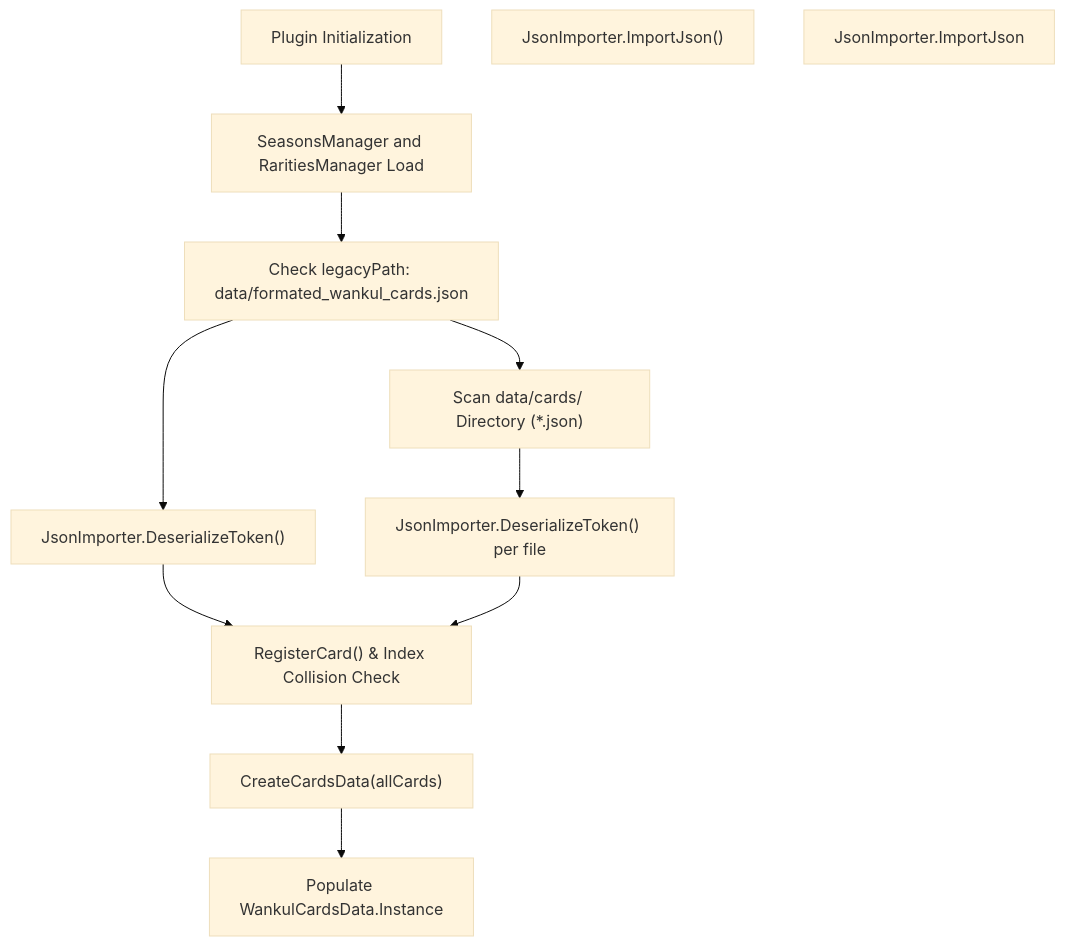
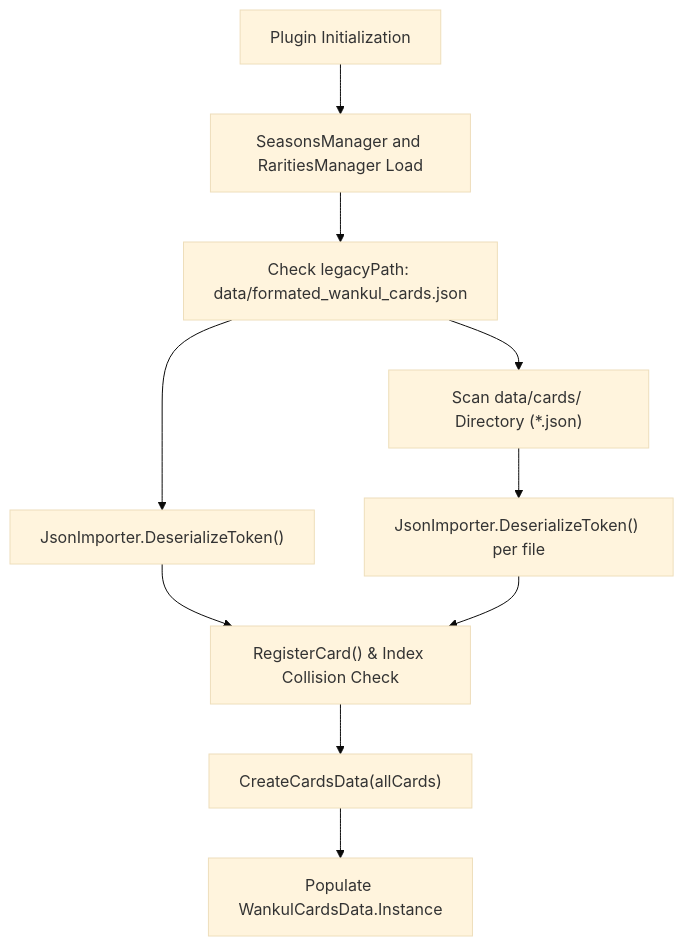
Before and after one commit to Drakilis-57/WankulCrazy: the first of 3 diagrams in wiki/Données JSON des Cartes et Importation.md, drawn with Mermaid (base theme). The commit also changed other lines of this file and 11 other files, not shown here.

````diff
--- a/wiki/Données JSON des Cartes et Importation.md
+++ b/wiki/Données JSON des Cartes et Importation.md
@@ -19,25 +19,23 @@
 ```mermaid
 flowchart TD
 
 Start["Plugin Initialization"]
 LoadConfig["SeasonsManager and RaritiesManager Load"]
 LegacyCheck["Check legacyPath: data/formated_wankul_cards.json"]
 ParseLegacy["JsonImporter.DeserializeToken()"]
 DirScan["Scan data/cards/ Directory (*.json)"]
 RegisterCards["RegisterCard() & Index Collision Check"]
 ParseFiles["JsonImporter.DeserializeToken() per file"]
 CreateData["CreateCardsData(allCards)"]
 Finalize["Populate WankulCardsData.Instance"]
-sub:JsonImporter.ImportJson["JsonImporter.ImportJson()"]
-JsonImporter.ImportJson["JsonImporter.ImportJson"]
 
 Start --> LoadConfig
 LoadConfig --> LegacyCheck
 LegacyCheck --> ParseLegacy
 LegacyCheck --> DirScan
 ParseLegacy --> RegisterCards
 DirScan --> ParseFiles
 ParseFiles --> RegisterCards
 RegisterCards --> CreateData
 CreateData --> Finalize
 ```
````
